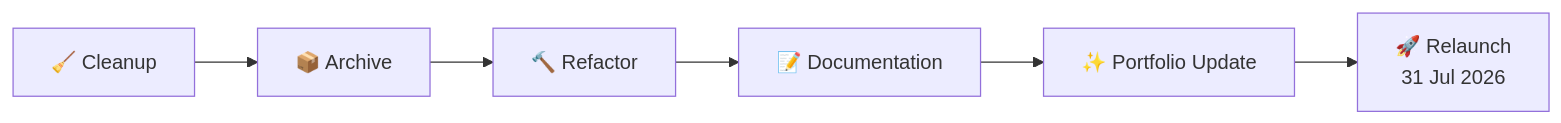
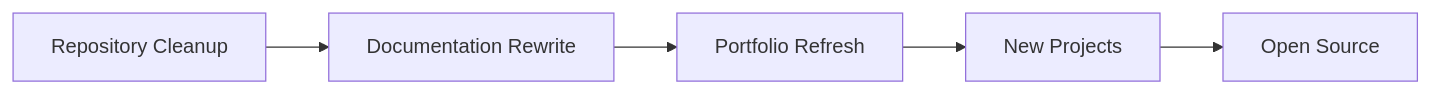
Before and after one commit to udaycodespace/udaycodespace: the first of 4 diagrams in README.md, drawn with Mermaid. The commit also changed other lines of this file, not shown here.

First line of the commit message:
docs(profile): refresh GitHub profile and portfolio reconstruction

````diff
--- a/README.md
+++ b/README.md
@@ -21,8 +53,8 @@
 ```mermaid
 flowchart LR
-    A[🧹 Cleanup] --> B[📦 Archive]
-    B --> C[🔨 Refactor]
-    C --> D[📝 Documentation]
-    D --> E[✨ Portfolio Update]
-    E --> F[🚀 Relaunch<br/>31 Jul 2026]
+    A[Repository Cleanup]
+    --> B[Documentation Rewrite]
+    --> C[Portfolio Refresh]
+    --> D[New Projects]
+    --> E[Open Source]
 ```
````
